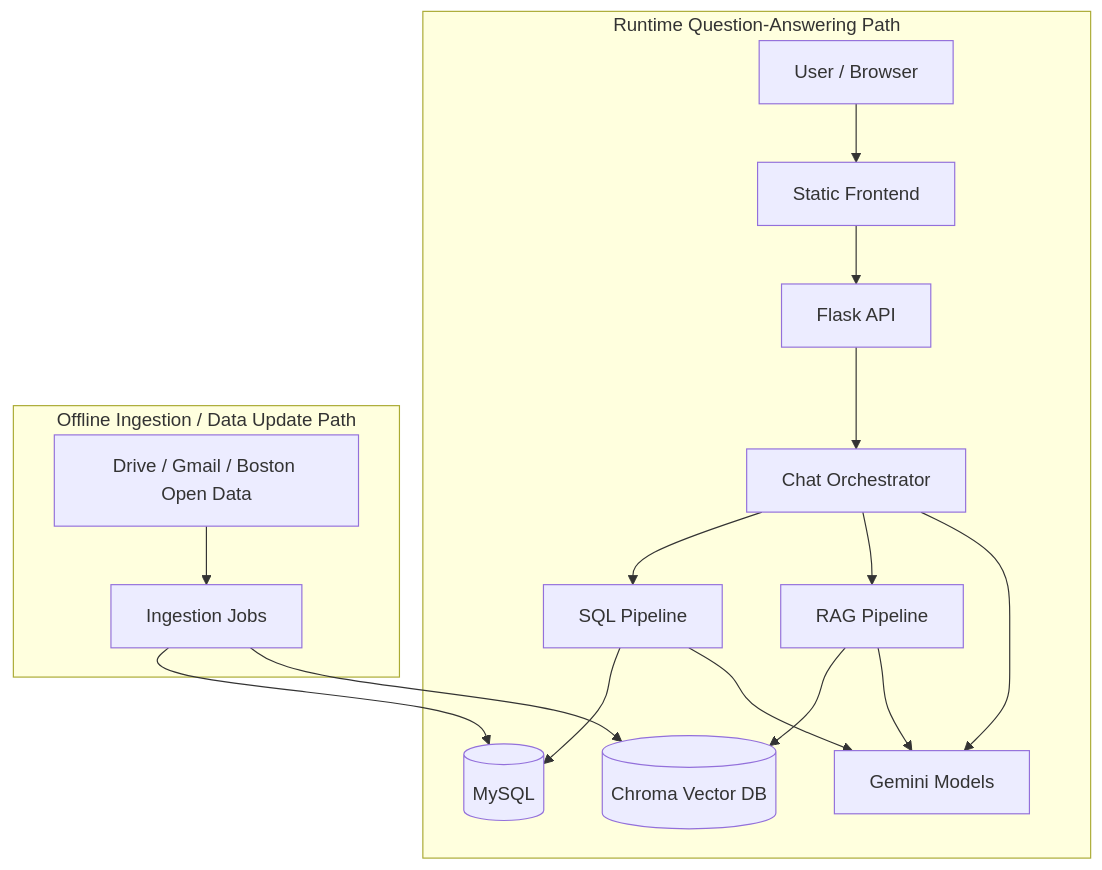
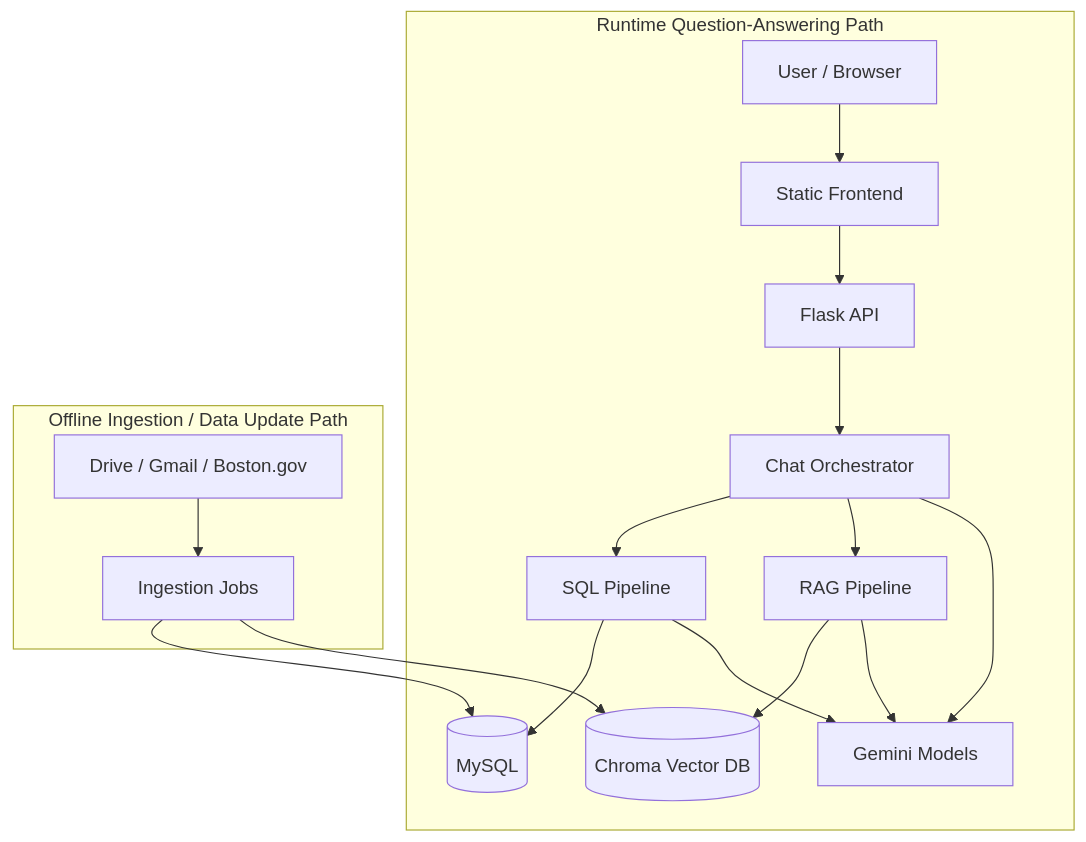
One commit to BU-Spark/ml-misi-community-sentiment changed the first of 2 diagrams in system_design.md. Above: the diagram before and after it, drawn with Mermaid.

````diff
--- a/system_design.md
+++ b/system_design.md
@@ -15,21 +15,21 @@
 ```mermaid
 flowchart TD
     subgraph Runtime["Runtime Question-Answering Path"]
         A[User / Browser] --> B[Static Frontend]
         B --> C[Flask API]
         C --> D[Chat Orchestrator]
         D --> E[SQL Pipeline]
         D --> F[RAG Pipeline]
         E --> G[(MySQL)]
         F --> H[(Chroma Vector DB)]
         D --> I[Gemini Models]
         E --> I
         F --> I
     end
 
     subgraph Ingestion["Offline Ingestion / Data Update Path"]
-        K[Drive / Gmail / Boston Open Data] --> J[Ingestion Jobs]
+        K[Drive / Gmail / Boston.gov] --> J[Ingestion Jobs]
         J --> G
         J --> H
     end
 ```
````
